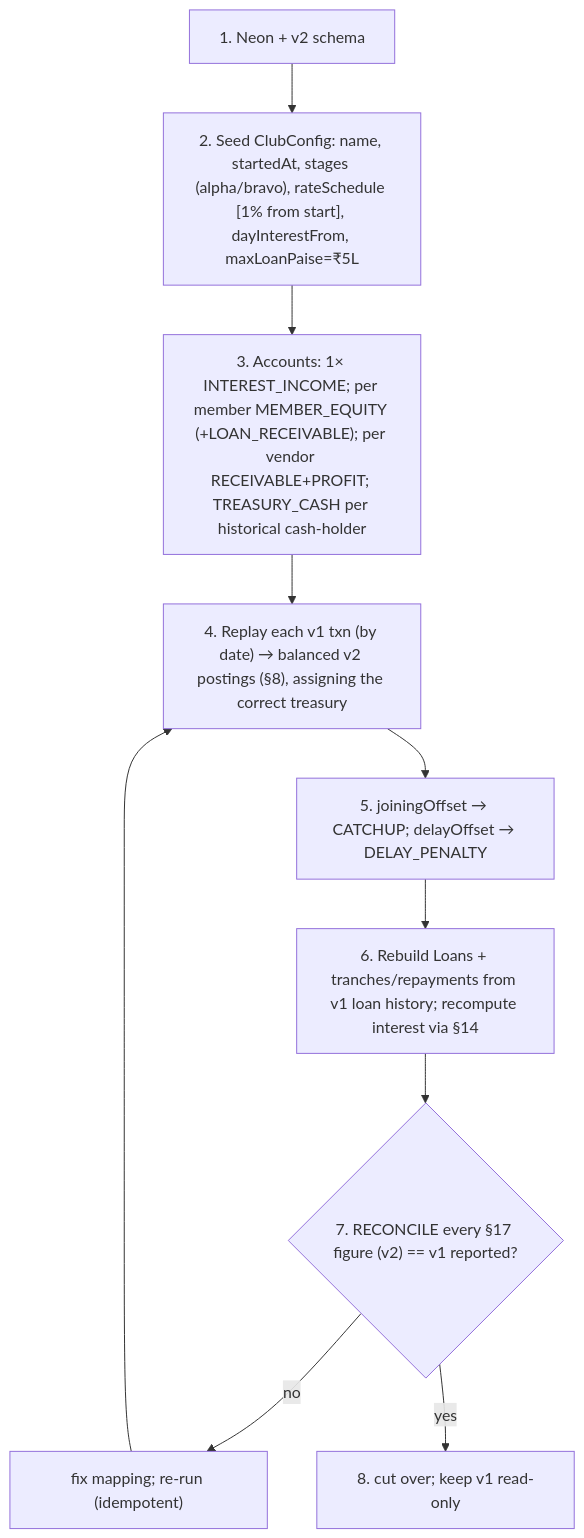
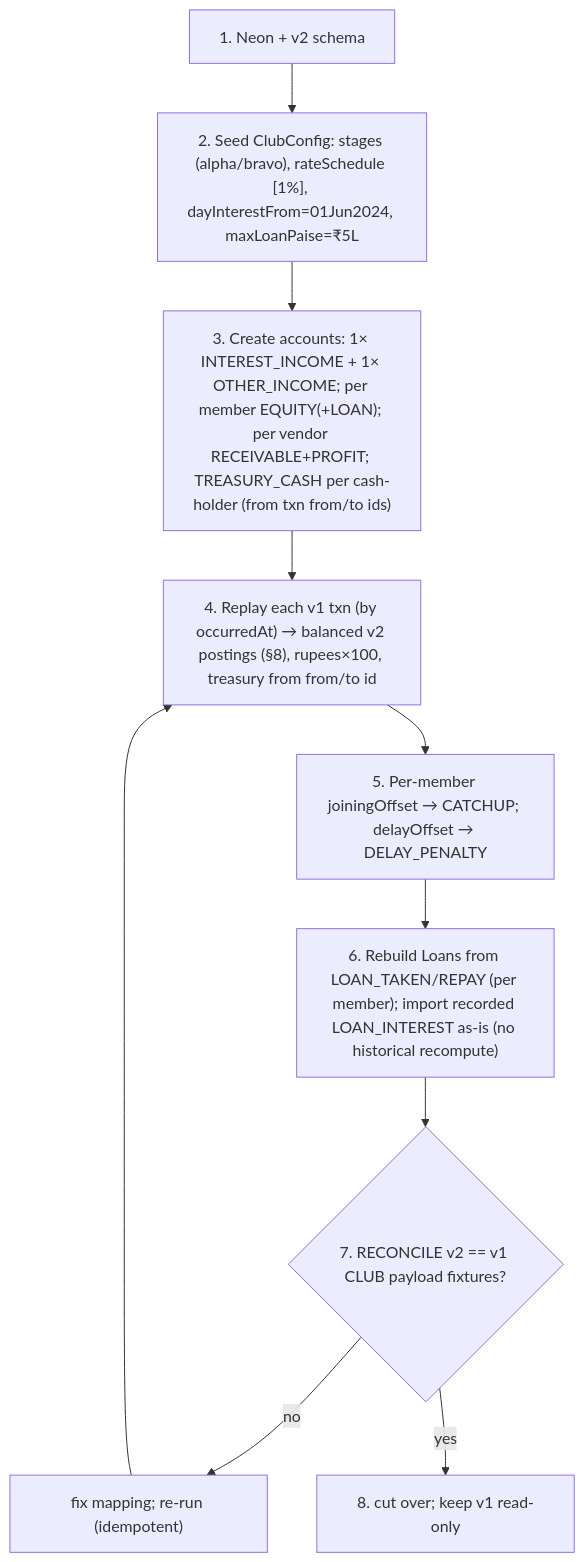
Before and after one commit to iam-hussain/peacock: the seventh of 7 diagrams in docs/IMPLEMENTATION_PLAN.md, drawn with Mermaid. The commit also changed other lines of this file and 3 other files, not shown here.

````diff
--- a/docs/IMPLEMENTATION_PLAN.md
+++ b/docs/IMPLEMENTATION_PLAN.md
@@ -1292,11 +1321,11 @@
 ```mermaid
 flowchart TD
-  S1["1. Neon + v2 schema"] --> S2["2. Seed ClubConfig: name, startedAt, stages (alpha/bravo), rateSchedule [1% from start], dayInterestFrom, maxLoanPaise=₹5L"]
-  S2 --> S3["3. Accounts: 1× INTEREST_INCOME; per member MEMBER_EQUITY (+LOAN_RECEIVABLE); per vendor RECEIVABLE+PROFIT; TREASURY_CASH per historical cash-holder"]
-  S3 --> S4["4. Replay each v1 txn (by date) → balanced v2 postings (§8), assigning the correct treasury"]
-  S4 --> S5["5. joiningOffset → CATCHUP; delayOffset → DELAY_PENALTY"]
-  S5 --> S6["6. Rebuild Loans + tranches/repayments from v1 loan history; recompute interest via §14"]
-  S6 --> S7{"7. RECONCILE every §17 figure (v2) == v1 reported?"}
+  S1["1. Neon + v2 schema"] --> S2["2. Seed ClubConfig: stages (alpha/bravo), rateSchedule [1%], dayInterestFrom=01Jun2024, maxLoanPaise=₹5L"]
+  S2 --> S3["3. Create accounts: 1× INTEREST_INCOME + 1× OTHER_INCOME; per member EQUITY(+LOAN); per vendor RECEIVABLE+PROFIT; TREASURY_CASH per cash-holder (from txn from/to ids)"]
+  S3 --> S4["4. Replay each v1 txn (by occurredAt) → balanced v2 postings (§8), rupees×100, treasury from from/to id"]
+  S4 --> S5["5. Per-member joiningOffset → CATCHUP; delayOffset → DELAY_PENALTY"]
+  S5 --> S6["6. Rebuild Loans from LOAN_TAKEN/REPAY (per member); import recorded LOAN_INTEREST as-is (no historical recompute)"]
+  S6 --> S7{"7. RECONCILE v2 == v1 CLUB payload fixtures?"}
   S7 -->|no| S8["fix mapping; re-run (idempotent)"] --> S4
   S7 -->|yes| S9["8. cut over; keep v1 read-only"]
 ```
````
